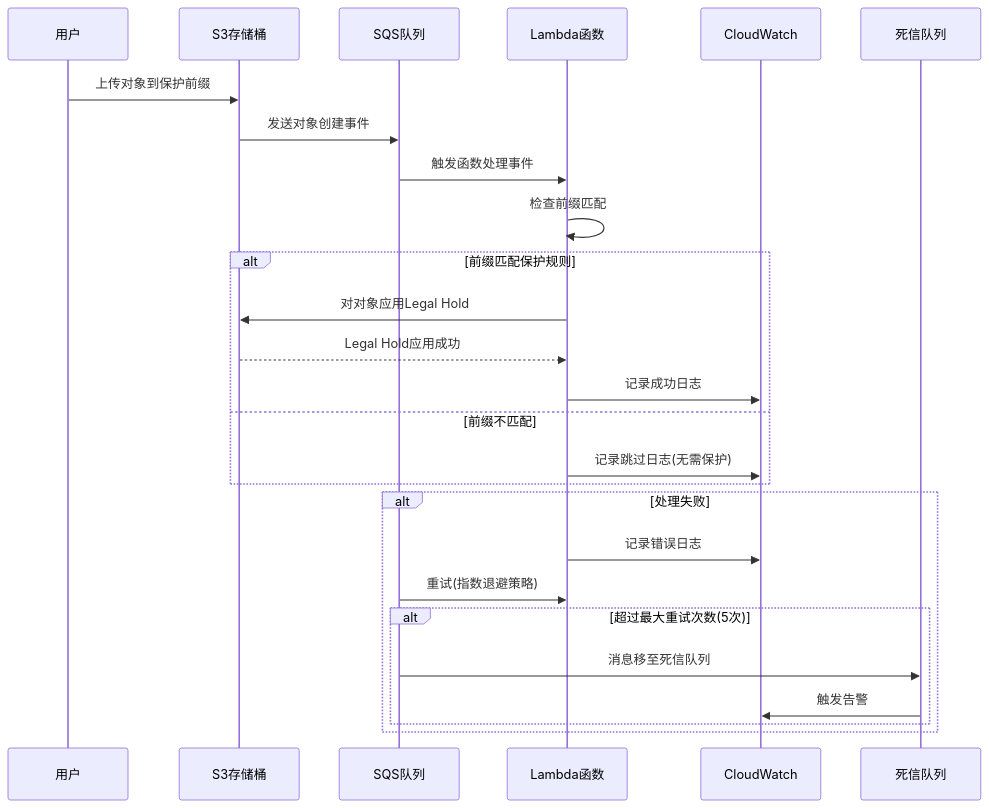
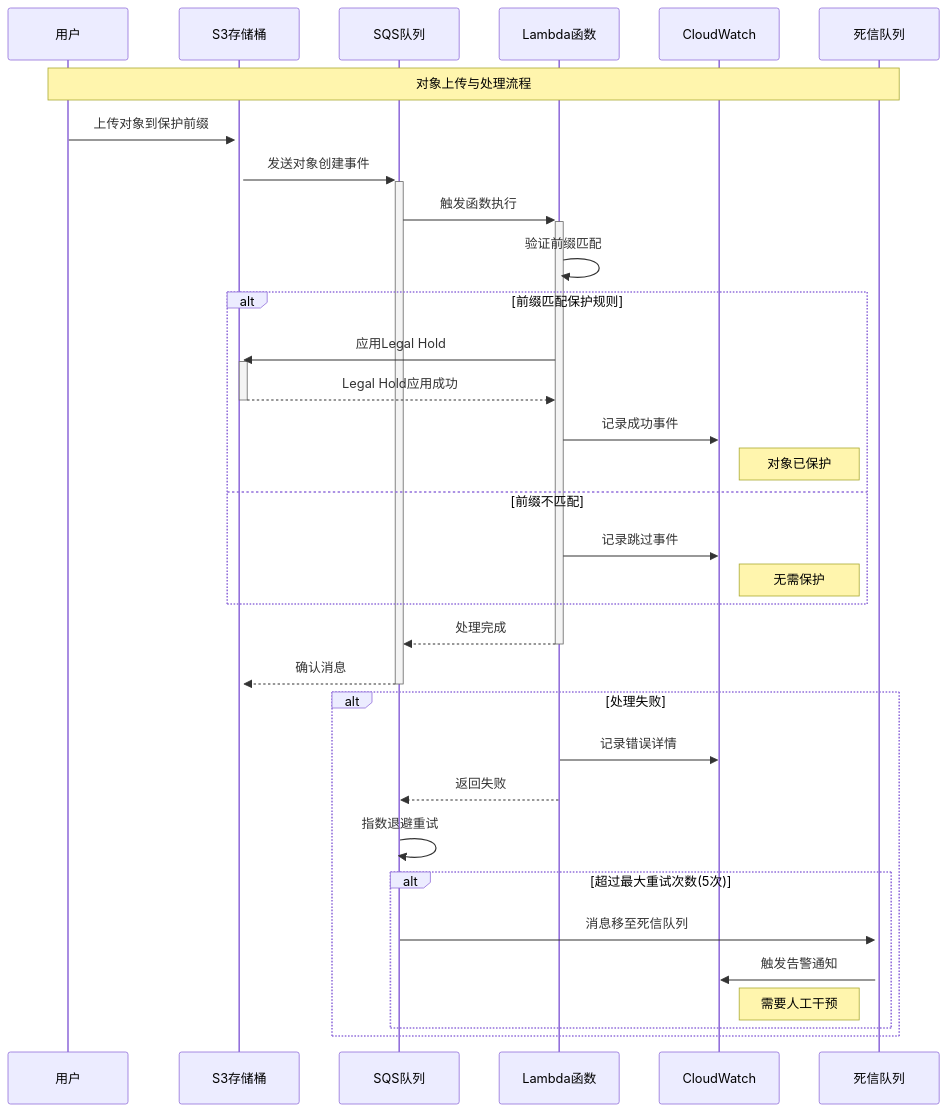
Before and after one commit to ddpie/s3-prefix-protection: the fourth of 4 diagrams in README.md, drawn with Mermaid. The commit also changed other lines of this file, not shown here.

First line of the commit message:
Enhance Mermaid diagrams for professional appearance

````diff
--- a/README.md
+++ b/README.md
@@ -263,29 +316,42 @@
 ```mermaid
 sequenceDiagram
     participant User as 用户
     participant S3 as S3存储桶
     participant SQS as SQS队列
     participant Lambda as Lambda函数
     participant CW as CloudWatch
     participant DLQ as 死信队列
 
-    User->>S3: 上传对象到保护前缀
-    S3->>SQS: 发送对象创建事件
-    SQS->>Lambda: 触发函数处理事件
-    Lambda->>Lambda: 检查前缀匹配
+    Note over User,DLQ: 对象上传与处理流程
+    
+    User->>+S3: 上传对象到保护前缀
+    S3->>+SQS: 发送对象创建事件
+    SQS->>+Lambda: 触发函数执行
+    
+    Lambda->>Lambda: 验证前缀匹配
+    
     alt 前缀匹配保护规则
-        Lambda->>S3: 对对象应用Legal Hold
-        S3-->>Lambda: Legal Hold应用成功
-        Lambda->>CW: 记录成功日志
+        Lambda->>+S3: 应用Legal Hold
+        S3-->>-Lambda: Legal Hold应用成功
+        Lambda->>CW: 记录成功事件
+        Note right of CW: 对象已保护
     else 前缀不匹配
-        Lambda->>CW: 记录跳过日志(无需保护)
+        Lambda->>CW: 记录跳过事件
+        Note right of CW: 无需保护
     end
+    
+    Lambda-->>-SQS: 处理完成
+    SQS-->>-S3: 确认消息
+    
     alt 处理失败
-        Lambda->>CW: 记录错误日志
-        SQS->>Lambda: 重试(指数退避策略)
+        Lambda->>CW: 记录错误详情
+        Lambda-->>SQS: 返回失败
+        SQS->>SQS: 指数退避重试
+        
         alt 超过最大重试次数(5次)
-            SQS->>DLQ: 消息移至死信队列
-            DLQ->>CW: 触发告警
+            SQS->>+DLQ: 消息移至死信队列
+            DLQ->>CW: 触发告警通知
+            Note right of CW: 需要人工干预
         end
     end
 ```
````
